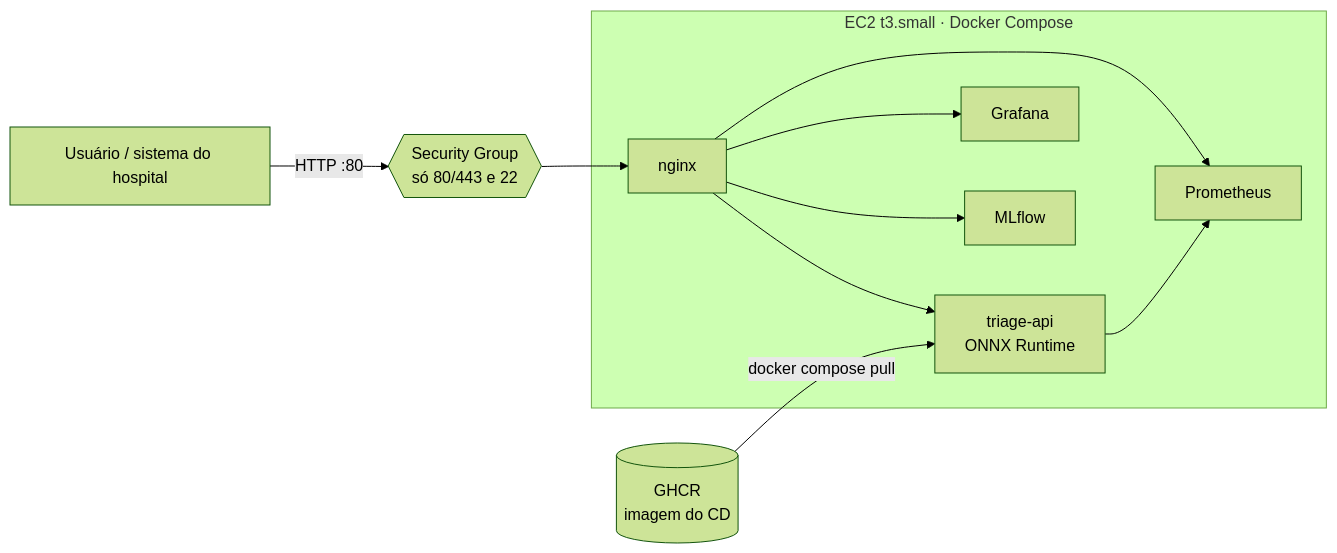
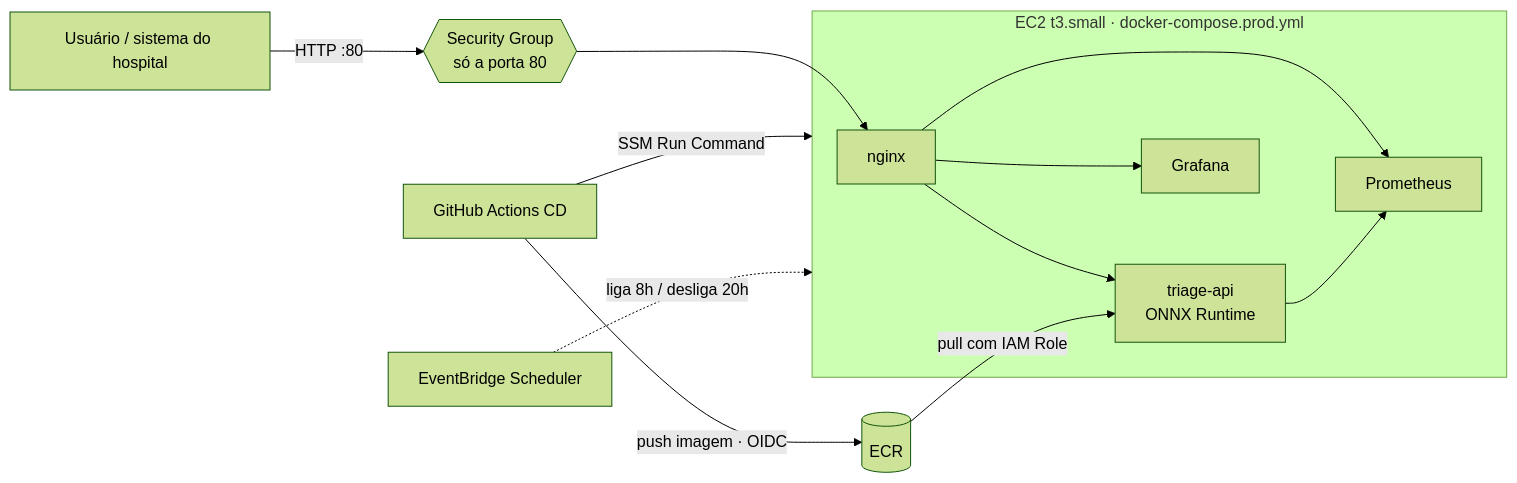
The second of 3 diagrams in README.md (KleberJorgeSantos/fiap-mle-tech-challenge-fase-3), drawn with Mermaid (forest theme) before and after one commit. The commit also changed other lines of this file, not shown here.

Commit message:
docs: end-to-end automated AWS flow, deploy guide and costs

````diff
--- a/README.md
+++ b/README.md
@@ -151,13 +162,15 @@
 ```mermaid
 flowchart LR
-    U[Usuário / sistema do hospital] -->|HTTP :80| SG{{Security Group<br/>só 80/443 e 22}}
+    U[Usuário / sistema do hospital] -->|HTTP :80| SG{{Security Group<br/>só a porta 80}}
     SG --> NG
-    subgraph EC2["EC2 t3.small · Docker Compose"]
+    subgraph EC2["EC2 t3.small · docker-compose.prod.yml"]
         NG[nginx] --> API[triage-api<br/>ONNX Runtime]
         NG --> GF[Grafana]
         NG --> PR[Prometheus]
-        NG --> ML[MLflow]
         API --> PR
     end
-    GHCR[(GHCR<br/>imagem do CD)] -->|docker compose pull| API
+    ECR[(ECR)] -->|pull com IAM Role| API
+    CD[GitHub Actions CD] -->|push imagem · OIDC| ECR
+    CD -->|SSM Run Command| EC2
+    SCH[EventBridge Scheduler] -.liga 8h / desliga 20h.-> EC2
 ```
````
